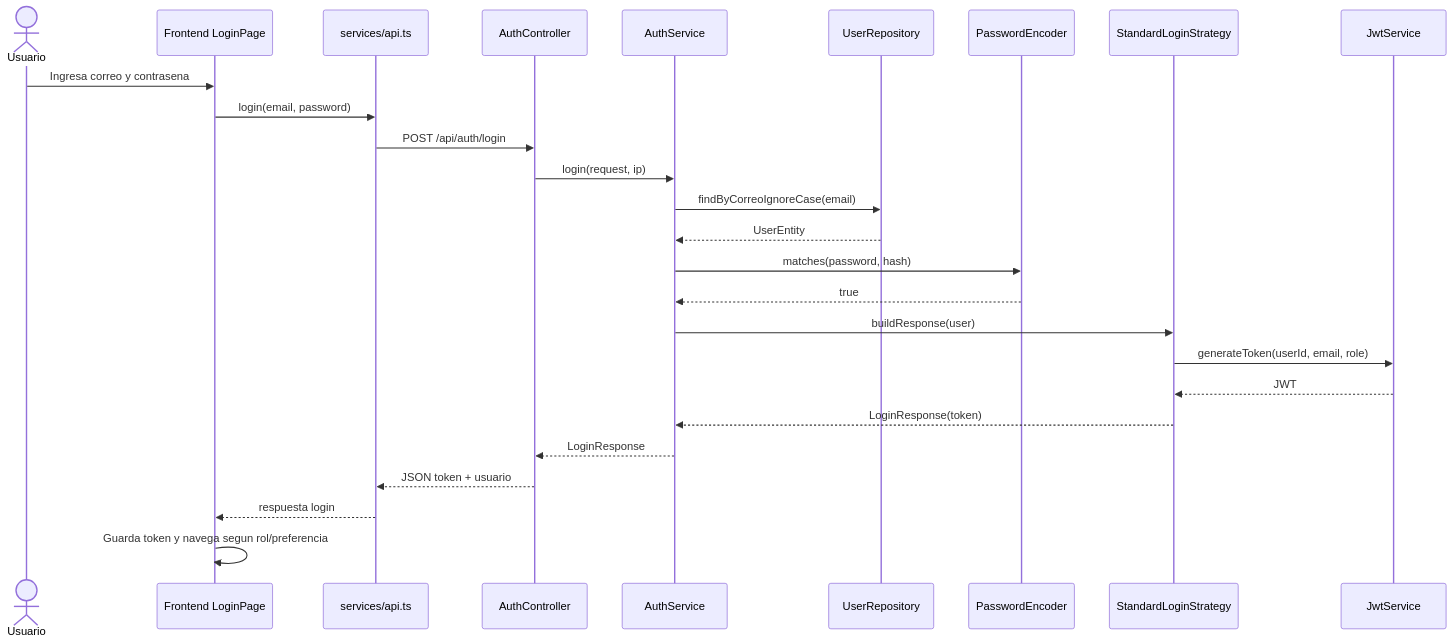
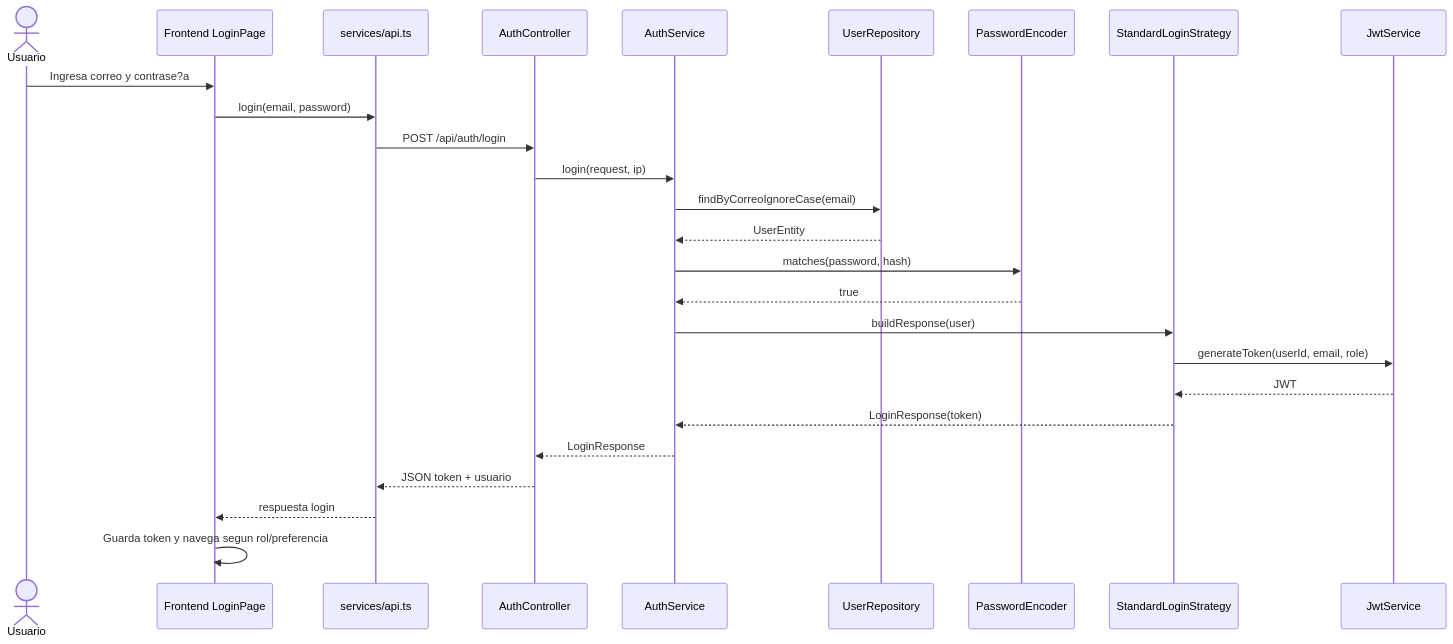
Diagram 11 of 16 in docs/trabajo/arquitectura-diseno-software.md (DasBrot0/Luistudio), drawn with Mermaid before and after one commit. The commit also changed other lines of this file and 33 other files, not shown here.

````diff
--- a/docs/trabajo/arquitectura-diseno-software.md
+++ b/docs/trabajo/arquitectura-diseno-software.md
@@ -618,29 +618,29 @@
 ```mermaid
 sequenceDiagram
     actor Usuario
     participant UI as Frontend LoginPage
     participant API as services/api.ts
     participant AuthController
     participant AuthService
     participant UserRepository
     participant PasswordEncoder
     participant StandardLoginStrategy
     participant JwtService
 
-    Usuario->>UI: Ingresa correo y contrasena
+    Usuario->>UI: Ingresa correo y contrase?a
     UI->>API: login(email, password)
     API->>AuthController: POST /api/auth/login
     AuthController->>AuthService: login(request, ip)
     AuthService->>UserRepository: findByCorreoIgnoreCase(email)
     UserRepository-->>AuthService: UserEntity
     AuthService->>PasswordEncoder: matches(password, hash)
     PasswordEncoder-->>AuthService: true
     AuthService->>StandardLoginStrategy: buildResponse(user)
     StandardLoginStrategy->>JwtService: generateToken(userId, email, role)
     JwtService-->>StandardLoginStrategy: JWT
     StandardLoginStrategy-->>AuthService: LoginResponse(token)
     AuthService-->>AuthController: LoginResponse
     AuthController-->>API: JSON token + usuario
     API-->>UI: respuesta login
     UI->>UI: Guarda token y navega segun rol/preferencia
 ```
````
